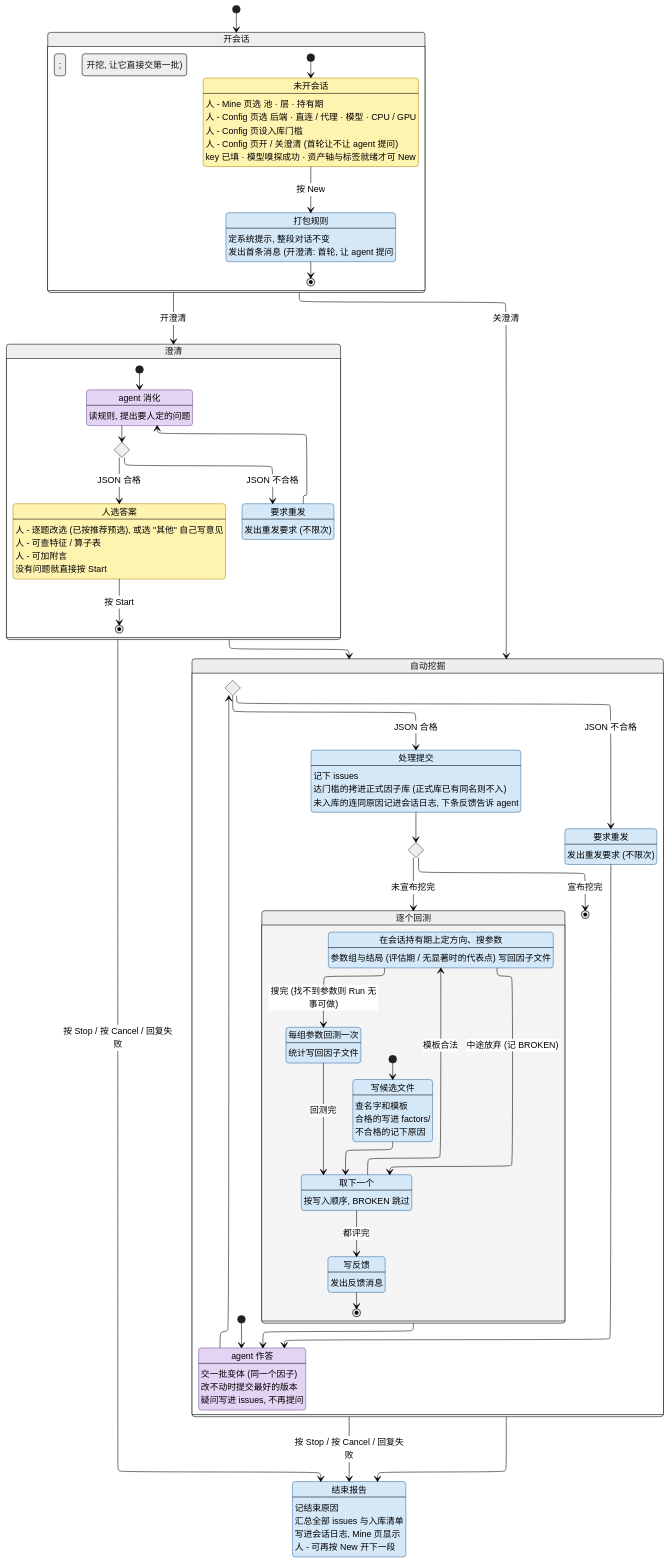
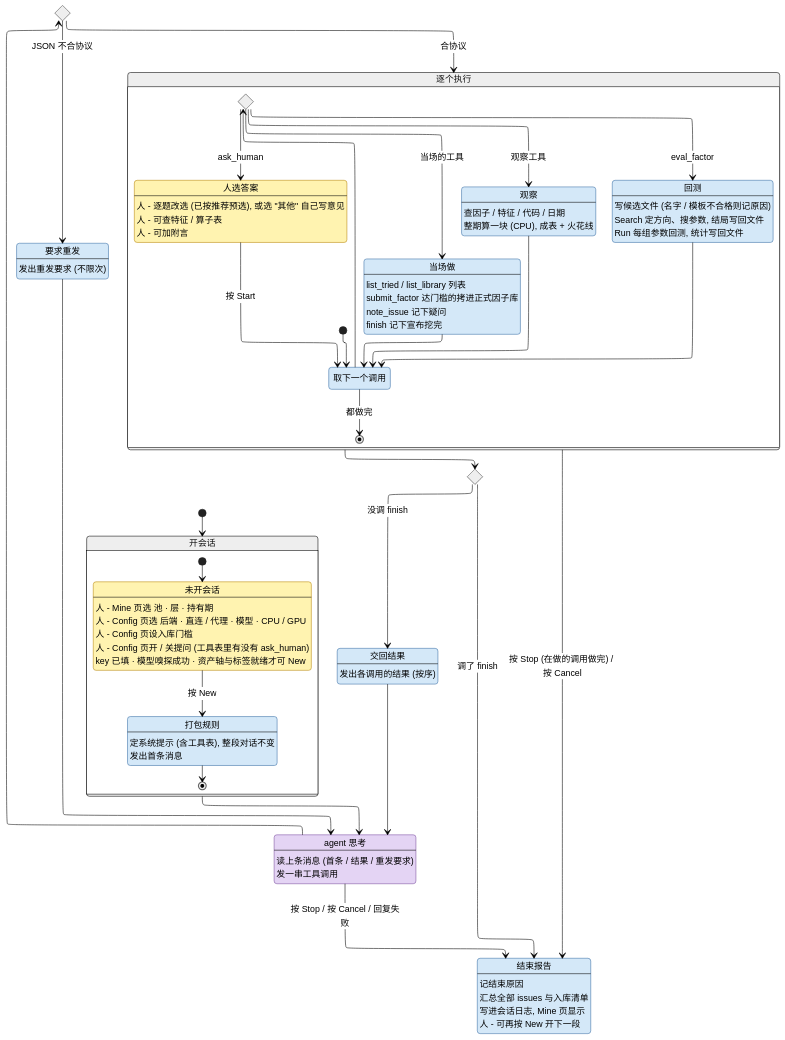
The diagram in AGENT.md (CoCoMilkyWay/stk), drawn with Mermaid (neutral theme) before and after one commit. The commit also changed other lines of this file and 29 other files, not shown here.

````diff
--- a/AGENT.md
+++ b/AGENT.md
@@ -44,85 +47,59 @@
         None : 人 - Mine 页选 池 · 层 · 持有期
         None : 人 - Config 页选 后端 · 直连 / 代理 · 模型 · CPU / GPU
         None : 人 - Config 页设入库门槛
-        None : 人 - Config 页开 / 关澄清 (首轮让不让 agent 提问)
+        None : 人 - Config 页开 / 关提问 (工具表里有没有 ask_human)
         None : key 已填 · 模型嗅探成功 · 资产轴与标签就绪才可 New
         state "打包规则" as Pack
-        Pack : 定系统提示, 整段对话不变
-        Pack : 发出首条消息 (开澄清: 首轮, 让 agent 提问; 关: 开挖, 让它直接交第一批)
+        Pack : 定系统提示 (含工具表), 整段对话不变
+        Pack : 发出首条消息
 
         [*] --> None
         None --> Pack : 按 New
         Pack --> [*]
     }
 
-    state "澄清" as GAsk {
-        state "agent 消化" as Digest
-        Digest : 读规则, 提出要人定的问题
-        state QFormat <<choice>>
-        state "要求重发" as QRetry
-        QRetry : 发出重发要求 (不限次)
+    state "agent 思考" as Think
+    Think : 读上条消息 (首条 / 结果 / 重发要求)
+    Think : 发一串工具调用
+    state Format <<choice>>
+    state "要求重发" as Retry
+    Retry : 发出重发要求 (不限次)
+
+    state "逐个执行" as GAct {
+        state "取下一个调用" as Next
+        state Kind <<choice>>
+        state "当场做" as Now
+        Now : list_tried / list_library 列表
+        Now : submit_factor 达门槛的拷进正式因子库
+        Now : note_issue 记下疑问
+        Now : finish 记下宣布挖完
+        state "观察" as Look
+        Look : 查因子 / 特征 / 代码 / 日期
+        Look : 整期算一块 (CPU), 成表 + 火花线
+        state "回测" as Eval
+        Eval : 写候选文件 (名字 / 模板不合格则记原因)
+        Eval : Search 定方向、搜参数, 结局写回文件
+        Eval : Run 每组参数回测, 统计写回文件
         state "人选答案" as Choose
         Choose : 人 - 逐题改选 (已按推荐预选), 或选 "其他" 自己写意见
         Choose : 人 - 可查特征 / 算子表
         Choose : 人 - 可加附言
-        Choose : 没有问题就直接按 Start
 
-        [*] --> Digest
-        Digest --> QFormat
-        QFormat --> QRetry : JSON 不合格
-        QFormat --> Choose : JSON 合格
-        QRetry --> Digest
-        Choose --> [*] : 按 Start
+        [*] --> Next
+        Next --> Kind
+        Kind --> Now : 当场的工具
+        Kind --> Look : 观察工具
+        Kind --> Eval : eval_factor
+        Kind --> Choose : ask_human
+        Now --> Next
+        Look --> Next
+        Eval --> Next
+        Choose --> Next : 按 Start
+        Next --> [*] : 都做完
     }
-
-    state "自动挖掘" as GMine {
-        state "agent 作答" as Propose
-        Propose : 交一批变体 (同一个因子)
-        Propose : 改不动时提交最好的版本
-        Propose : 疑问写进 issues, 不再提问
-        state Format <<choice>>
-        state "要求重发" as Retry
-        Retry : 发出重发要求 (不限次)
-        state "处理提交" as Submit
-        Submit : 记下 issues
-        Submit : 达门槛的拷进正式因子库 (正式库已有同名则不入)
-        Submit : 未入库的连同原因记进会话日志, 下条反馈告诉 agent
-        state Fin <<choice>>
-
-        state "逐个回测" as GEval {
-            state "写候选文件" as Stage
-            Stage : 查名字和模板
-            Stage : 合格的写进 factors/
-            Stage : 不合格的记下原因
-            state "取下一个" as Next
-            Next : 按写入顺序, BROKEN 跳过
-            Search : 在会话持有期上定方向、搜参数
-            Search : 参数组与结局 (评估期 / 无显著时的代表点) 写回因子文件
-            Run : 每组参数回测一次
-            Run : 统计写回因子文件
-            state "写反馈" as Round
-            Round : 发出反馈消息
-
-            [*] --> Stage
-            Stage --> Next
-            Next --> Search : 模板合法
-            Search --> Run : 搜完 (找不到参数则 Run 无事可做)
-            Search --> Next : 中途放弃 (记 BROKEN)
-            Run --> Next : 回测完
-            Next --> Round : 都评完
-            Round --> [*]
-        }
-
-        [*] --> Propose
-        Propose --> Format
-        Format --> Retry : JSON 不合格
-        Format --> Submit : JSON 合格
-        Retry --> Propose
-        Submit --> Fin
-        Fin --> GEval : 未宣布挖完
-        Fin --> [*] : 宣布挖完
-        GEval --> Propose
-    }
+    state Fin <<choice>>
+    state "交回结果" as Round
+    Round : 发出各调用的结果 (按序)
 
     state "结束报告" as Report
     Report : 记结束原因
@@ -131,17 +108,22 @@
     Report : 人 - 可再按 New 开下一段
 
     [*] --> GOpen
-    GOpen --> GAsk : 开澄清
-    GOpen --> GMine : 关澄清
-    GAsk --> GMine
-    GMine --> Report
-    GAsk --> Report : 按 Stop / 按 Cancel / 回复失败
-    GMine --> Report : 按 Stop / 按 Cancel / 回复失败
+    GOpen --> Think
+    Think --> Format
+    Format --> Retry : JSON 不合协议
+    Format --> GAct : 合协议
+    Retry --> Think
+    GAct --> Fin
+    Fin --> Round : 没调 finish
+    Fin --> Report : 调了 finish
+    Round --> Think
+    Think --> Report : 按 Stop / 按 Cancel / 回复失败
+    GAct --> Report : 按 Stop (在做的调用做完) / 按 Cancel
 
     classDef human fill:#fff3b0,stroke:#b8860b,color:#000
     classDef agent fill:#e4d4f4,stroke:#7b4fa0,color:#000
     classDef sys fill:#d4e8f8,stroke:#3a6ea5,color:#000
     class None, Choose human
-    class Digest, Propose agent
-    class Pack, QRetry, Retry, Submit, Stage, Next, Search, Run, Round, Report sys
+    class Think agent
+    class Pack, Retry, Next, Now, Look, Eval, Round, Report sys
 ```
````
